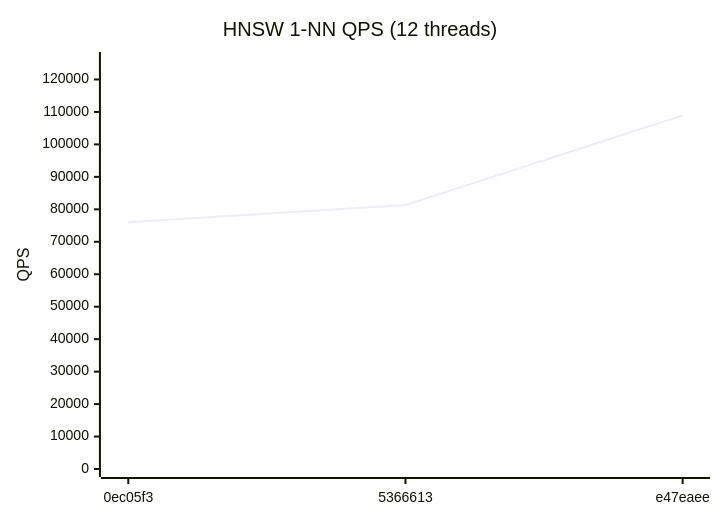
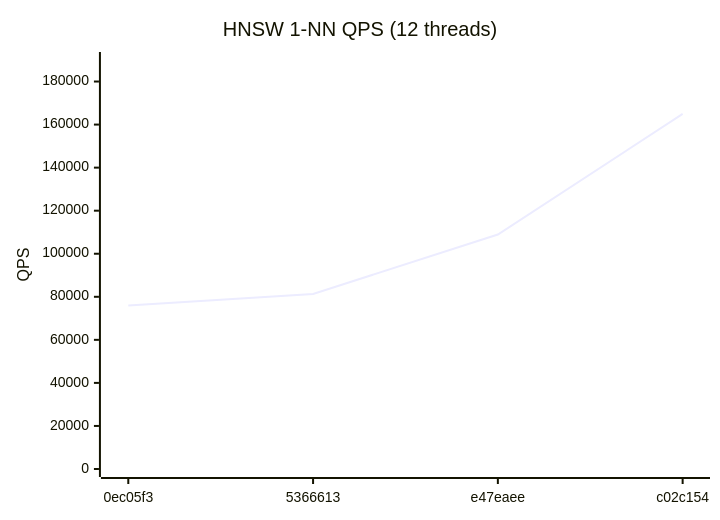
Before and after one commit to bibidhSubedi0/RedBoxDb: the second of 4 diagrams in benchmarks/REPORT.md, drawn with Mermaid. The commit also changed other lines of this file and 1 other file, not shown here.

````diff
--- a/benchmarks/REPORT.md
+++ b/benchmarks/REPORT.md
@@ -29,7 +29,7 @@
 ```mermaid
 xychart-beta
   title "HNSW 1-NN QPS (12 threads)"
-  x-axis ["0ec05f3", "5366613", "e47eaee"]
-  y-axis "QPS" 0 --> 126000
-  line [76009, 81296, 108905]
+  x-axis ["0ec05f3", "5366613", "e47eaee", "c02c154"]
+  y-axis "QPS" 0 --> 190000
+  line [76009, 81296, 108905, 164953]
 ```
````
